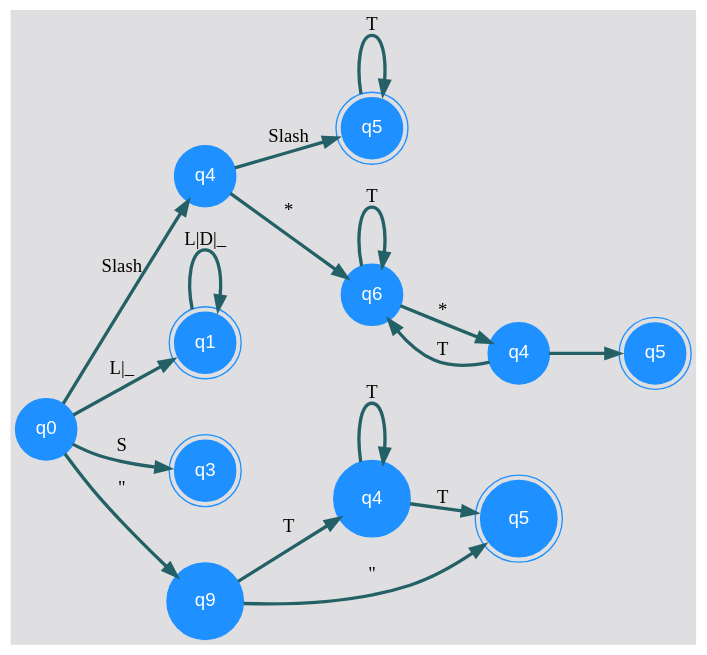
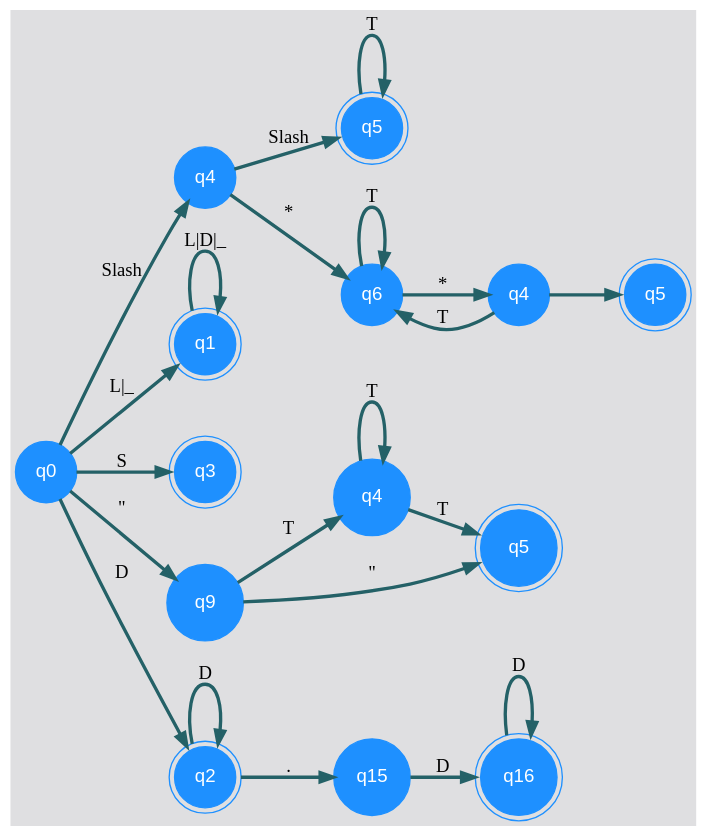
Before and after one commit to hr9457/OLC1_Proyecto1_201314296: the diagram in ReporteGrafico/grafo.dot, drawn with Graphviz. The commit also changed 13 other files, not shown here.

```diff
--- a/ReporteGrafico/grafo.dot
+++ b/ReporteGrafico/grafo.dot
@@ -1,34 +1,42 @@
 digraph automa {
 nodesep=0.6;
 rankdir=LR;
 bgcolor = "#DFDFE1";
 node [shape = circle, color=dodgerblue,style=filled,fontname ="helvetica" ,fontcolor=white];
 edge[penwidth=2.5, color="#246167" ,fontname ="Comic Sans MS",fontcolor=Black ]
 nodoRaiz[label="q0"];
 nodoSlash [shape=circle, label="q4"];
 nodoTodillo [shape=doublecircle, label="q5"];
 nodoRaiz->nodoSlash [label=" Slash\ "];
 nodoSlash->nodoTodillo [label=" Slash\ "];
 nodoTodillo->nodoTodillo [label=" T "];
 nodoAsterisco [shape=circle, label="q6"];
 nodoAsterisco2 [shape=circle, label="q4"];
 nodoSlashFinal [shape=doublecircle, label="q5"];
 nodoSlash->nodoAsterisco [label=" * "];
 nodoAsterisco->nodoAsterisco [label=" T "];
 nodoAsterisco->nodoAsterisco2 [label=" * "];
 nodoAsterisco2->nodoAsterisco [label=" T "];
 nodoAsterisco2->nodoSlashFinal [label=" \ "]; 
 nodoLetra[shape=doublecircle,label="q1"];
 nodoRaiz->nodoLetra[label="L|_"];
 nodoLetra->nodoLetra[label="L|D|_"];
 nodoSimbolo [shape=doublecircle, label="q3"];
 nodoRaiz->nodoSimbolo[label="S"];
 nodoComilla1 [shape=circle, label=" q9 "];
 nodoT [shape=circle, label=" q4 "];
 nodoComilla2 [shape=doublecircle, label=" q5 "];
 nodoRaiz->nodoComilla1 [label=" \" "];
 nodoComilla1->nodoT [label=" T "];
 nodoT->nodoT [label=" T "];
 nodoT->nodoComilla2 [label=" T "];
 nodoComilla1->nodoComilla2 [label=" \" "]; 
+nodoDigito[shape=doublecircle,label="q2"];
+nodoRaiz->nodoDigito[label="D"];
+nodoDigito->nodoDigito[label="D"];
+nodoPunto[shape=circle,label="q15"];
+nodoDecimal[shape=doublecircle,label="q16"];
+nodoDigito->nodoPunto[label="."];
+nodoPunto->nodoDecimal[label="D"];
+nodoDecimal->nodoDecimal[label="D"];
 }
```
